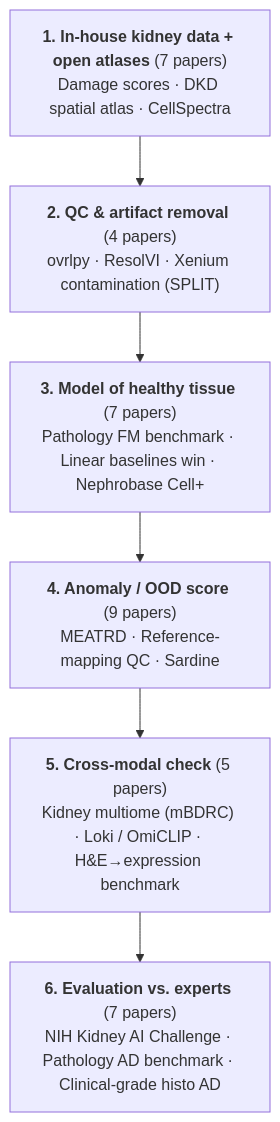
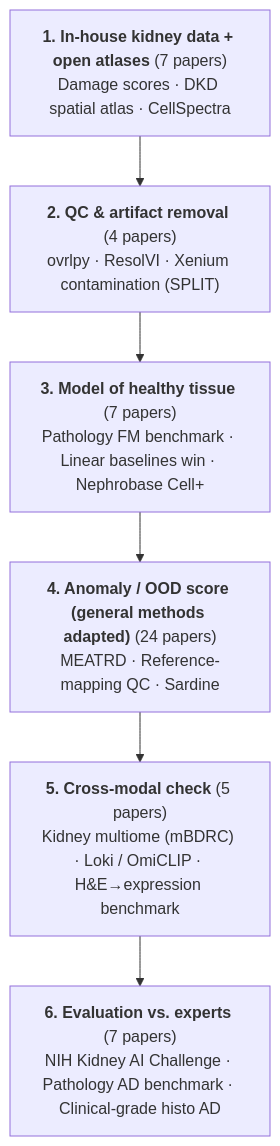
Before and after one commit to jasonjin34/Medical_reading_material: the first of 3 diagrams in docs/knowledge-map.md, drawn with Mermaid. The commit also changed other lines of this file and 120 other files, not shown here.

````diff
--- a/docs/knowledge-map.md
+++ b/docs/knowledge-map.md
@@ -20,20 +28,20 @@
 ```mermaid
 flowchart TD
   s1["`**1. In-house kidney data + open atlases** (7 papers)
 Damage scores · DKD spatial atlas · CellSpectra`"]
   s2["`**2. QC & artifact removal** (4 papers)
 ovrlpy · ResolVI · Xenium contamination (SPLIT)`"]
   s3["`**3. Model of healthy tissue** (7 papers)
 Pathology FM benchmark · Linear baselines win · Nephrobase Cell+`"]
-  s4["`**4. Anomaly / OOD score** (9 papers)
+  s4["`**4. Anomaly / OOD score (general methods adapted)** (24 papers)
 MEATRD · Reference-mapping QC · Sardine`"]
   s5["`**5. Cross-modal check** (5 papers)
 Kidney multiome (mBDRC) · Loki / OmiCLIP · H&E→expression benchmark`"]
   s6["`**6. Evaluation vs. experts** (7 papers)
 NIH Kidney AI Challenge · Pathology AD benchmark · Clinical-grade histo AD`"]
   s1 --> s2
   s2 --> s3
   s3 --> s4
   s4 --> s5
   s5 --> s6
 ```
````
